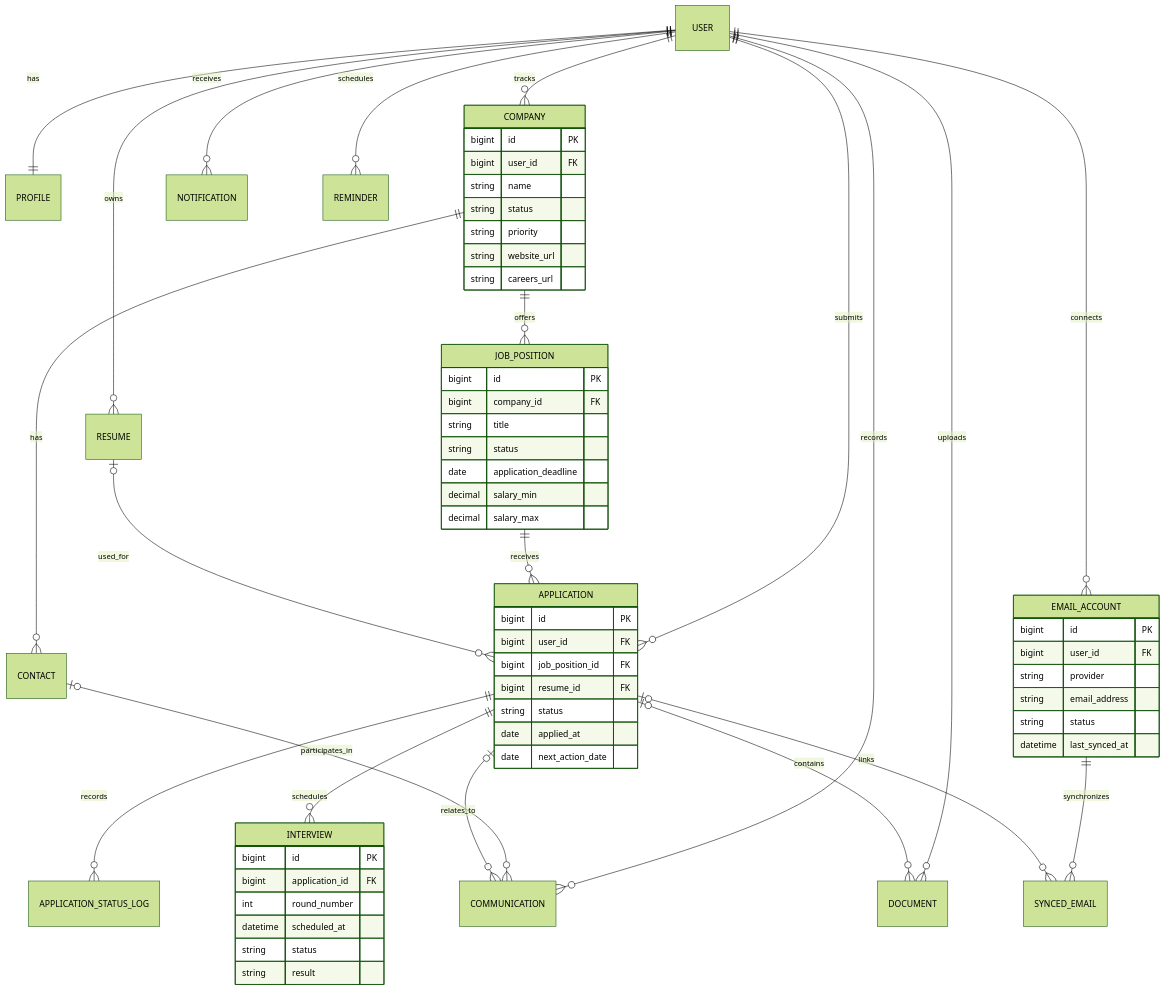
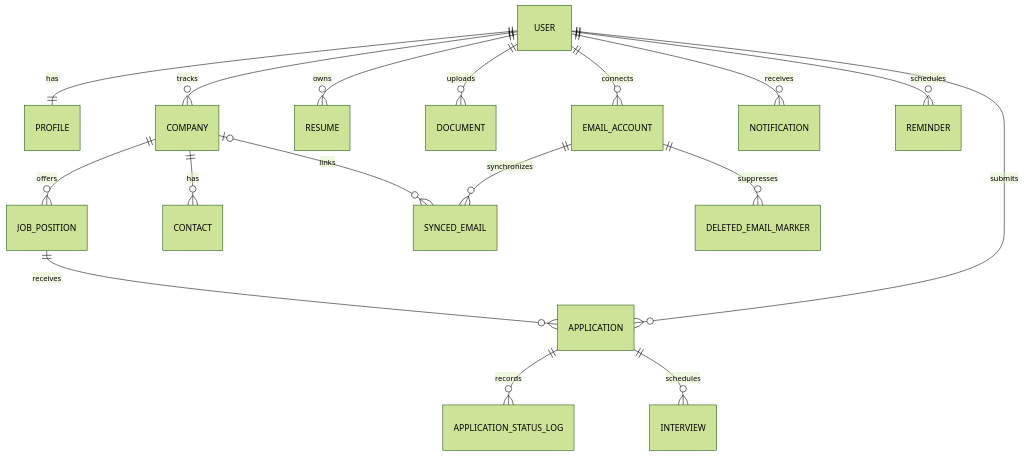
One commit to anous341256/job-tracker changed the third of 3 diagrams in README.md. Above: the diagram before and after it, drawn with Mermaid (forest theme). The commit also changed other lines of this file and 57 other files, not shown here.

````diff
--- a/README.md
+++ b/README.md
@@ -114,71 +69,19 @@
 ```mermaid
 erDiagram
     USER ||--|| PROFILE : has
     USER ||--o{ COMPANY : tracks
     COMPANY ||--o{ JOB_POSITION : offers
     USER ||--o{ APPLICATION : submits
     JOB_POSITION ||--o{ APPLICATION : receives
     APPLICATION ||--o{ APPLICATION_STATUS_LOG : records
     APPLICATION ||--o{ INTERVIEW : schedules
     COMPANY ||--o{ CONTACT : has
     USER ||--o{ RESUME : owns
-    RESUME o|--o{ APPLICATION : used_for
     USER ||--o{ DOCUMENT : uploads
-    APPLICATION o|--o{ DOCUMENT : contains
-    USER ||--o{ COMMUNICATION : records
-    CONTACT o|--o{ COMMUNICATION : participates_in
-    APPLICATION o|--o{ COMMUNICATION : relates_to
     USER ||--o{ EMAIL_ACCOUNT : connects
     EMAIL_ACCOUNT ||--o{ SYNCED_EMAIL : synchronizes
-    APPLICATION o|--o{ SYNCED_EMAIL : links
+    COMPANY o|--o{ SYNCED_EMAIL : links
+    EMAIL_ACCOUNT ||--o{ DELETED_EMAIL_MARKER : suppresses
     USER ||--o{ NOTIFICATION : receives
     USER ||--o{ REMINDER : schedules
-
-    COMPANY {
-        bigint id PK
-        bigint user_id FK
-        string name
-        string status
-        string priority
-        string website_url
-        string careers_url
-    }
-
-    JOB_POSITION {
-        bigint id PK
-        bigint company_id FK
-        string title
-        string status
-        date application_deadline
-        decimal salary_min
-        decimal salary_max
-    }
-
-    APPLICATION {
-        bigint id PK
-        bigint user_id FK
-        bigint job_position_id FK
-        bigint resume_id FK
-        string status
-        date applied_at
-        date next_action_date
-    }
-
-    INTERVIEW {
-        bigint id PK
-        bigint application_id FK
-        int round_number
-        datetime scheduled_at
-        string status
-        string result
-    }
-
-    EMAIL_ACCOUNT {
-        bigint id PK
-        bigint user_id FK
-        string provider
-        string email_address
-        string status
-        datetime last_synced_at
-    }
 ```
````
